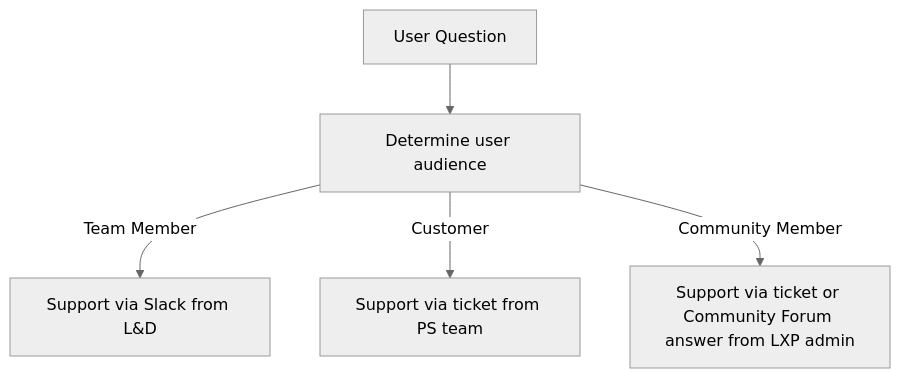
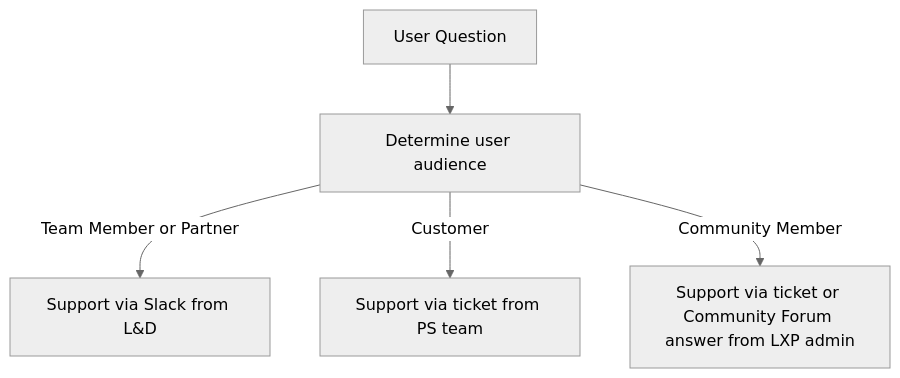
Before and after one commit to secretstartups/handbook: the second of 3 diagrams in people-group/learning-and-development/gitlab-learn/admin/index.html.md, drawn with Mermaid (neutral theme). The commit also changed other lines of this file, not shown here.

Commit message:
Add Partners to GitLab Learn support model

````diff
--- a/people-group/learning-and-development/gitlab-learn/admin/index.html.md
+++ b/people-group/learning-and-development/gitlab-learn/admin/index.html.md
@@ -991,8 +992,8 @@
 ```mermaid
 graph TD
     A[User Question] --> B[Determine user audience]
-    B -->|Team Member| D[Support via Slack from L&D]
+    B -->|Team Member or Partner| D[Support via Slack from L&D]
     B -->|Customer| E[Support via ticket from PS team]
     B -->|Community Member| F[Support via ticket or Community Forum answer from LXP admin]
 
 ```
````
